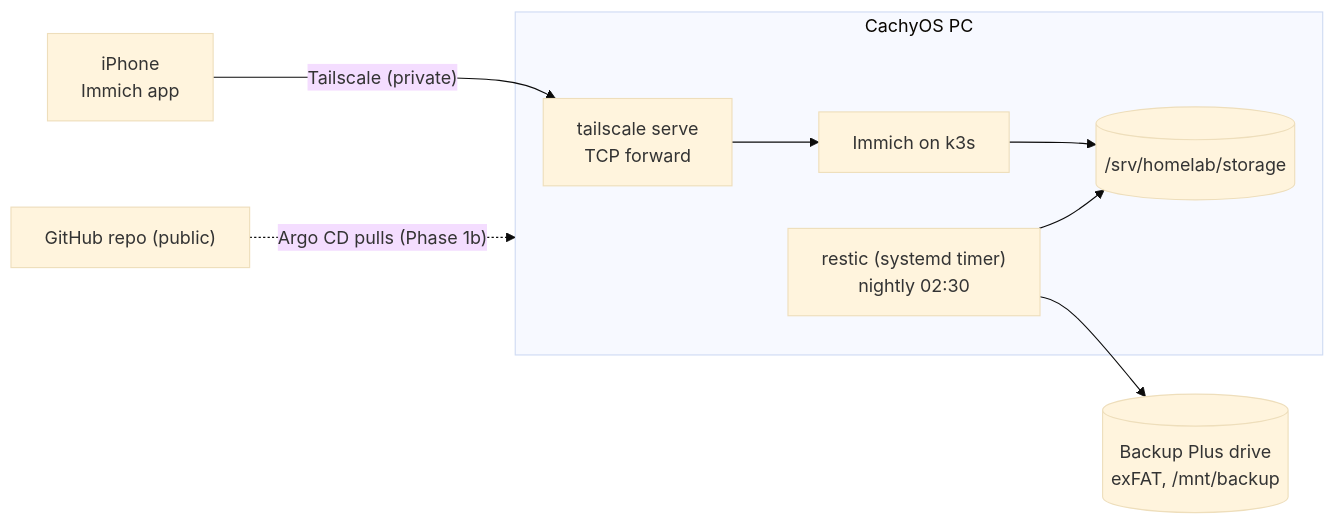
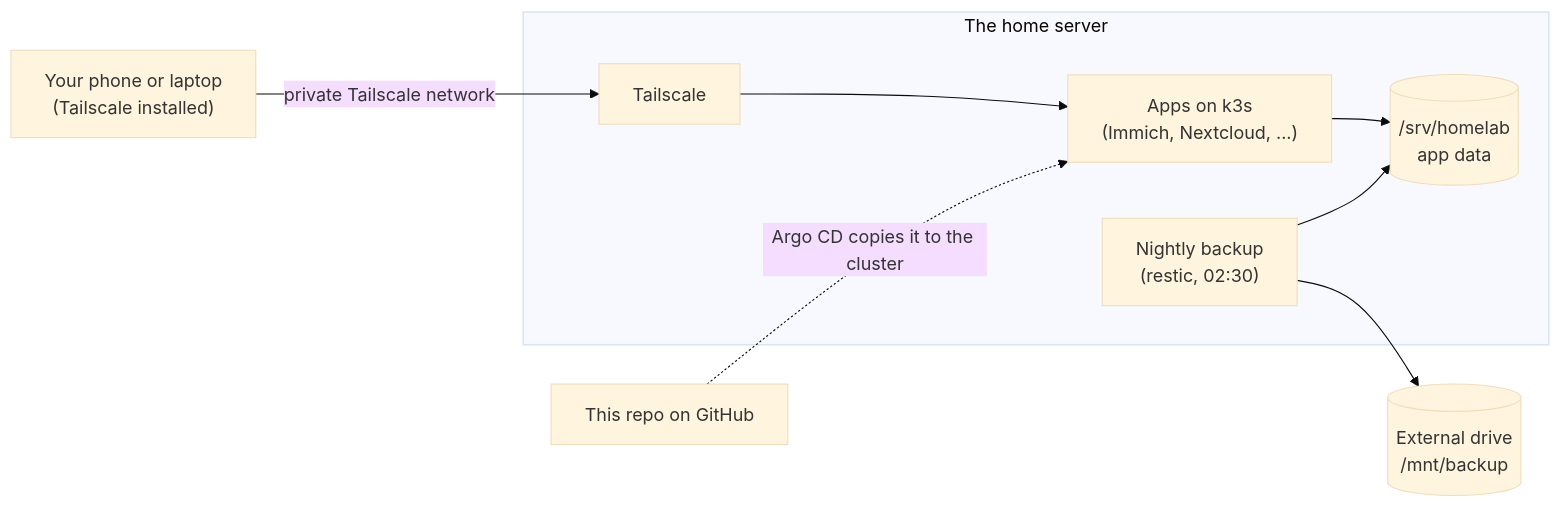
The diagram in README.md (rupeshofficedata/homelab), drawn with Mermaid (base theme) before and after one commit. The commit also changed other lines of this file and 47 other files, not shown here.

````diff
--- a/README.md
+++ b/README.md
@@ -10,11 +21,11 @@
 ```mermaid
 flowchart LR
-  phone["iPhone<br/>Immich app"] -- "Tailscale (private)" --> ts
-  subgraph pc["CachyOS PC"]
-    ts["tailscale serve<br/>TCP forward"] --> immich["Immich on k3s"]
-    immich --> data[("/srv/homelab/storage")]
-    restic["restic (systemd timer)<br/>nightly 02:30"] --> data
+  phone["Your phone or laptop<br/>(Tailscale installed)"] -- "private Tailscale network" --> ts
+  subgraph pc["The home server"]
+    ts["Tailscale"] --> apps["Apps on k3s<br/>(Immich, Nextcloud, ...)"]
+    apps --> data[("/srv/homelab<br/>app data")]
+    backup["Nightly backup<br/>(restic, 02:30)"] --> data
   end
-  restic --> drive[("Backup Plus drive<br/>exFAT, /mnt/backup")]
-  gh["GitHub repo (public)"] -. "Argo CD pulls (Phase 1b)" .-> pc
+  backup --> drive[("External drive<br/>/mnt/backup")]
+  gh["This repo on GitHub"] -. "Argo CD copies it to the cluster" .-> apps
 ```
````
